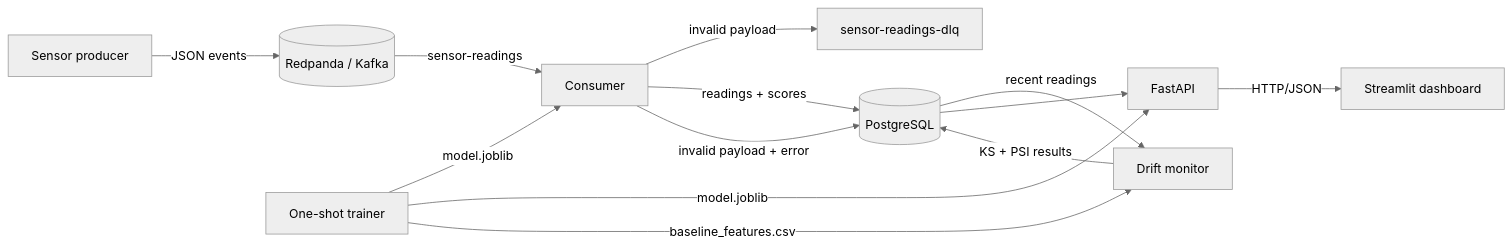
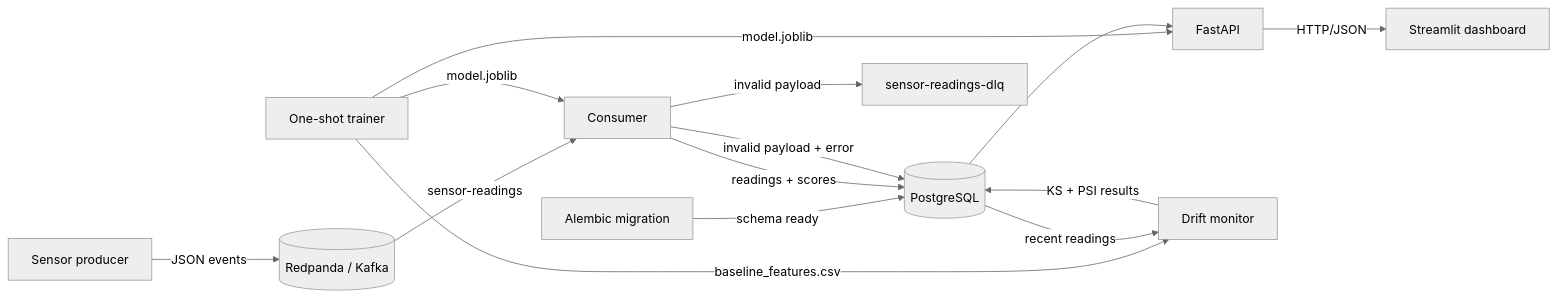
Before and after one commit to Raman0110/stream-guard: the diagram in docs/architecture.md, drawn with Mermaid (neutral theme). The commit also changed other lines of this file and 21 other files, not shown here.

Commit message:
feat(db): manage schema with Alembic and configure connection pooling

````diff
--- a/docs/architecture.md
+++ b/docs/architecture.md
@@ -5,15 +5,16 @@
 ```mermaid
 flowchart LR
+    G[Alembic migration] -->|schema ready| DB[(PostgreSQL)]
     P[Sensor producer] -->|JSON events| K[(Redpanda / Kafka)]
     K -->|sensor-readings| C[Consumer]
     C -->|invalid payload| D[sensor-readings-dlq]
     C -->|readings + scores| DB[(PostgreSQL)]
     C -->|invalid payload + error| DB
     T[One-shot trainer] -->|model.joblib| C
     T -->|model.joblib| A[FastAPI]
     T -->|baseline_features.csv| M[Drift monitor]
     DB -->|recent readings| M
     M -->|KS + PSI results| DB
     DB --> A
     A -->|HTTP/JSON| UI[Streamlit dashboard]
 ```
````
